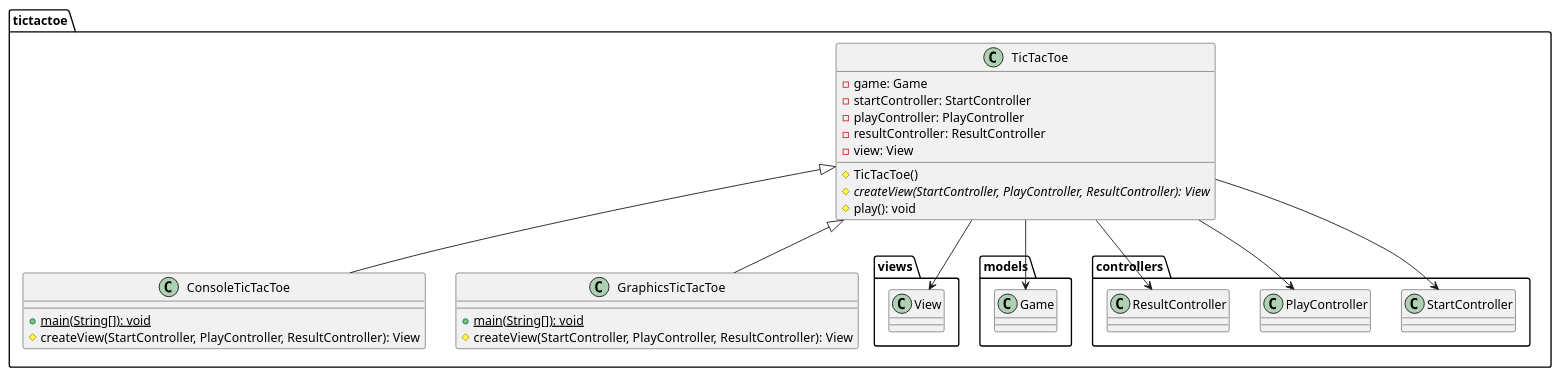
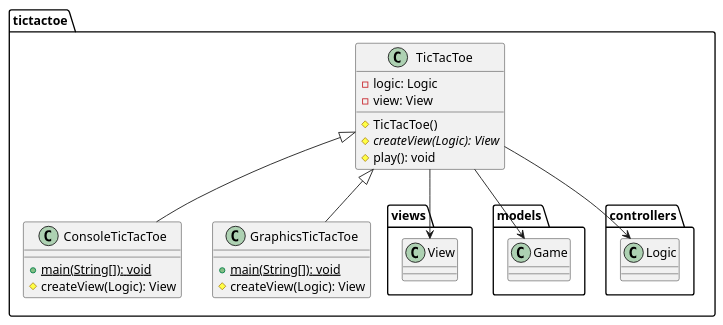
One commit to x-USantaTecla-game-ticTacToe/java changed the second of 4 diagrams in docs/src/docs/asciidoc/index.adoc. Above: the diagram before and after it, drawn with PlantUML. The commit also changed other lines of this file and 46 other files, not shown here.

```diff
--- a/docs/src/docs/asciidoc/index.adoc
+++ b/docs/src/docs/asciidoc/index.adoc
@@ -78,32 +79,27 @@
-[plantuml,tictactoeVersion5,svg]
+[plantuml,tictactoeVersion6,svg]
 ....
 
 class  tictactoe.ConsoleTicTacToe{
 + {static} main(String[]): void
-# createView(StartController, PlayController, ResultController): View
+# createView(Logic): View
 }
 tictactoe.TicTacToe <|-down- tictactoe.ConsoleTicTacToe
 
 class  tictactoe.GraphicsTicTacToe{
 + {static} main(String[]): void
-# createView(StartController, PlayController, ResultController): View
+# createView(Logic): View
 }
 tictactoe.TicTacToe <|-down- tictactoe.GraphicsTicTacToe
 
 class  tictactoe.TicTacToe{
-- game: Game
-- startController: StartController
-- playController: PlayController
-- resultController: ResultController
+- logic: Logic
 - view: View
 # TicTacToe()
-# {abstract} createView(StartController, PlayController, ResultController): View
+# {abstract} createView(Logic): View
 # play(): void
 }
 tictactoe.TicTacToe --> tictactoe.views.View
 tictactoe.TicTacToe --> tictactoe.models.Game
-tictactoe.TicTacToe --> tictactoe.controllers.StartController
-tictactoe.TicTacToe --> tictactoe.controllers.PlayController
-tictactoe.TicTacToe --> tictactoe.controllers.ResultController
+tictactoe.TicTacToe --> tictactoe.controllers.Logic
 
 ....
```
